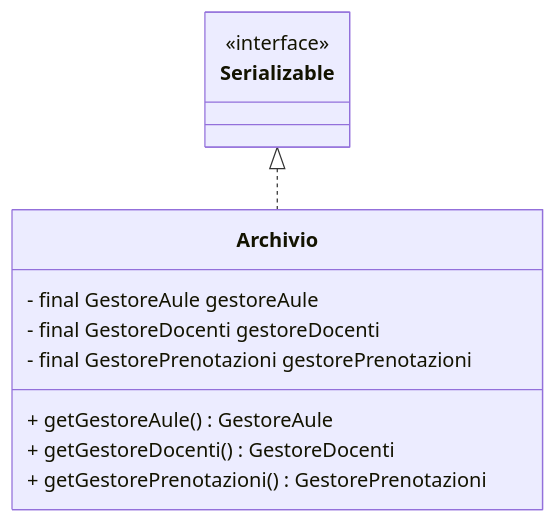
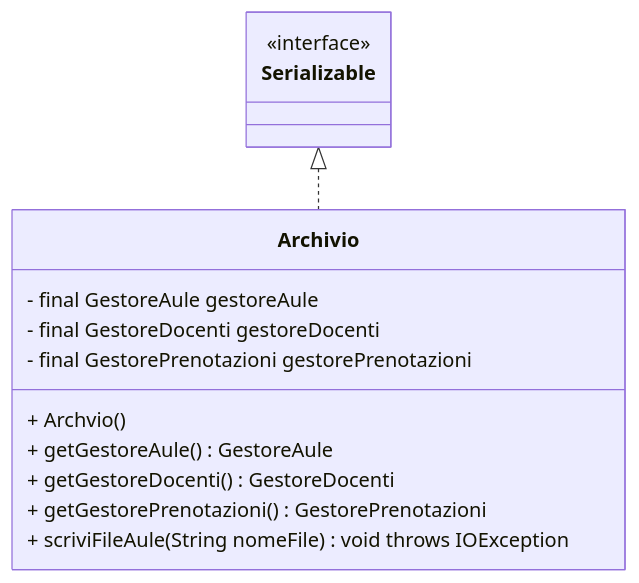
Before and after one commit to gcarbone48/PrenotazioneAule5: the diagram in diagrams/class diagrams/archivioClassDiagram.md, drawn with Mermaid. The commit also changed 1 other file, not shown here.

Commit message:
FIX: fix nei commenti FEAT: aggiunta costruttore ad Archivio

````diff
--- a/diagrams/class diagrams/archivioClassDiagram.md
+++ b/diagrams/class diagrams/archivioClassDiagram.md
@@ -1,22 +1,24 @@
 ```mermaid
 classDiagram
 
     class Serializable {
              <<interface>>
     }
 
     Serializable <|.. Archivio
 
     class Archivio{
     - final GestoreAule gestoreAule
     - final GestoreDocenti gestoreDocenti
     - final GestorePrenotazioni gestorePrenotazioni
 
+    + Archvio()
     %% getter
-    
     + getGestoreAule() GestoreAule
     + getGestoreDocenti() GestoreDocenti
     + getGestorePrenotazioni() GestorePrenotazioni
+
+    + scriviFileAule(String nomeFile) void throws IOException
     }
 
 ```
````
